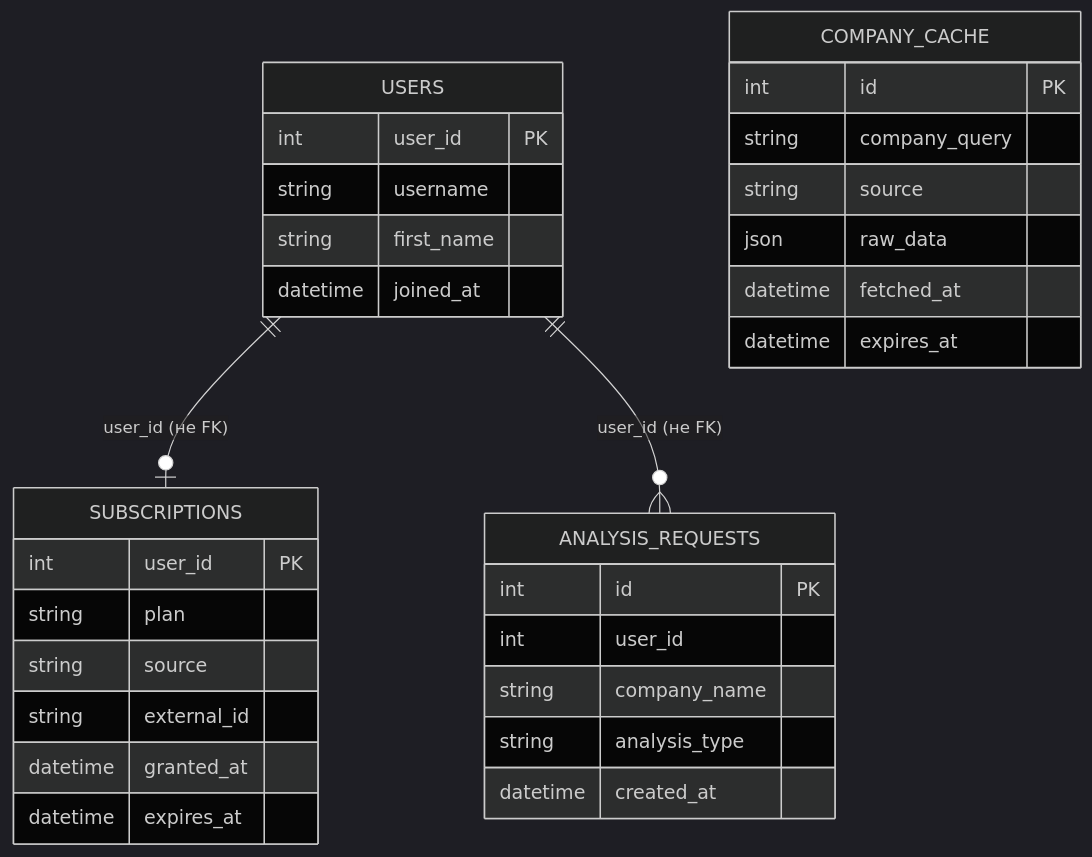
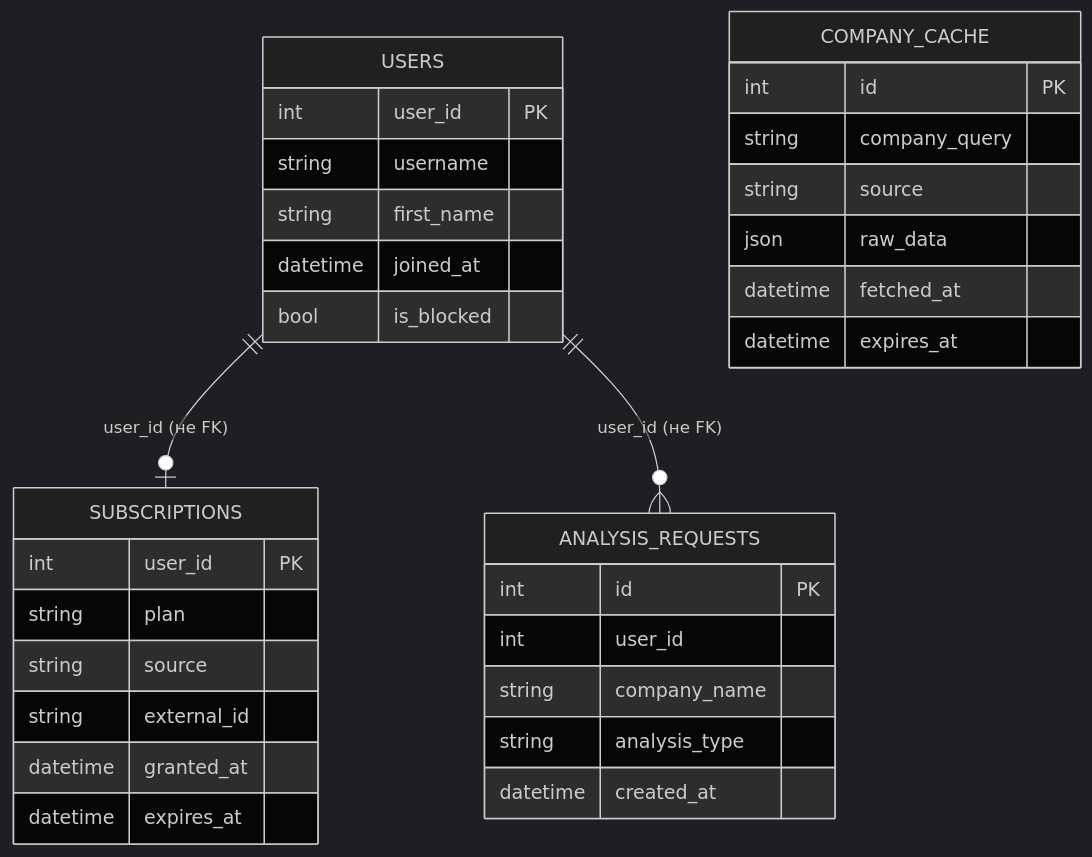
Before and after one commit to keshtoim/analysis_for_invest_bot: the second of 5 diagrams in README.md, drawn with Mermaid (dark theme). The commit also changed other lines of this file, not shown here.

````diff
--- a/README.md
+++ b/README.md
@@ -137,38 +148,39 @@
 ```mermaid
 erDiagram
     USERS {
         int user_id PK
         string username
         string first_name
         datetime joined_at
+        bool is_blocked
     }
 
     COMPANY_CACHE {
         int id PK
         string company_query
         string source
         json raw_data
         datetime fetched_at
         datetime expires_at
     }
 
     SUBSCRIPTIONS {
         int user_id PK
         string plan
         string source
         string external_id
         datetime granted_at
         datetime expires_at
     }
 
     ANALYSIS_REQUESTS {
         int id PK
         int user_id
         string company_name
         string analysis_type
         datetime created_at
     }
 
     USERS ||--o| SUBSCRIPTIONS : "user_id (не FK)"
     USERS ||--o{ ANALYSIS_REQUESTS : "user_id (не FK)"
 ```
````
